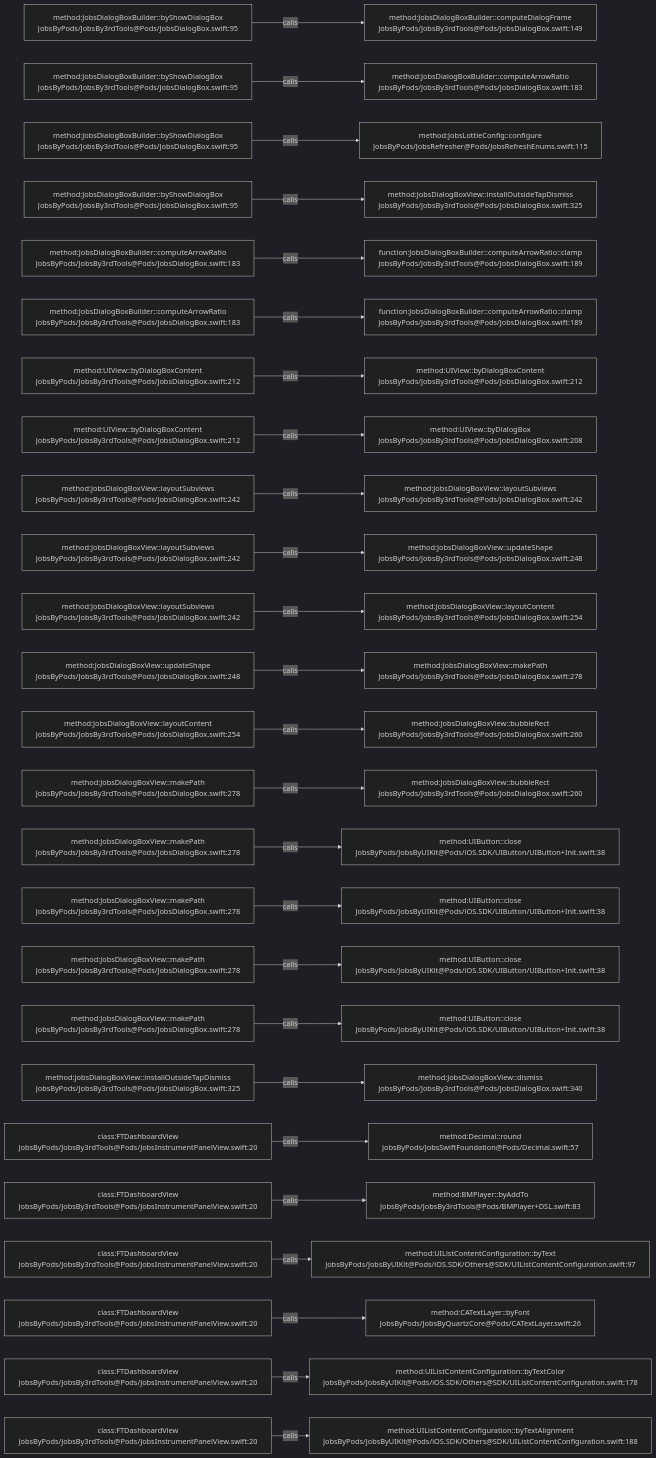
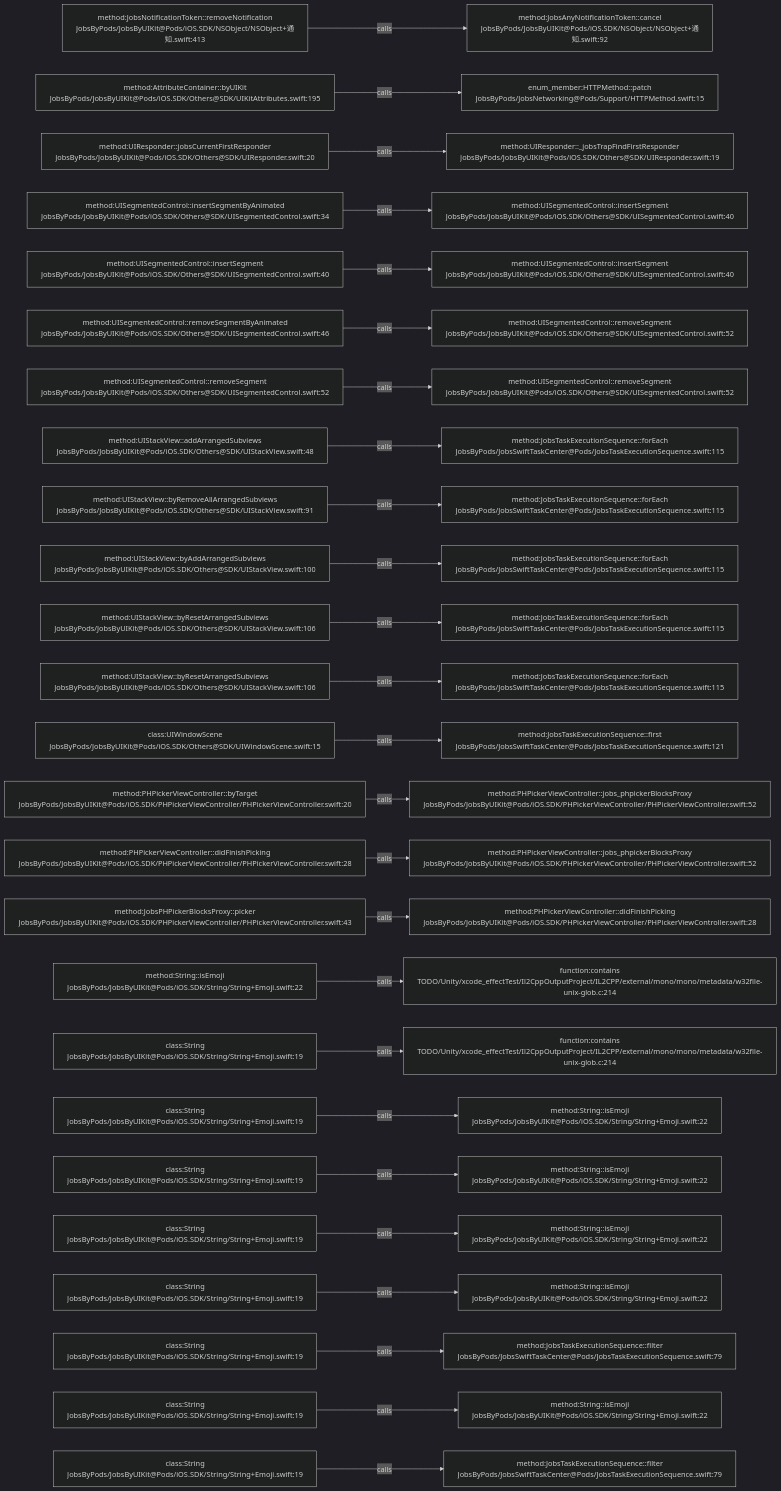
One commit to JobsKits/JobsSwiftBaseConfigDemo changed the diagram in .codegraph/codegraph.md/graphs/calls-009.md. Above: the diagram before and after it, drawn with Mermaid (dark theme). The commit also changed 569 other files, not shown here.

````diff
--- a/.codegraph/codegraph.md/graphs/calls-009.md
+++ b/.codegraph/codegraph.md/graphs/calls-009.md
@@ -13,78 +13,78 @@
 ```mermaid
 flowchart LR
-  S1["method:JobsDialogBoxBuilder::byShowDialogBox<br/>JobsByPods/JobsBy3rdTools@Pods/JobsDialogBox.swift:95"]
-  T1["method:JobsDialogBoxBuilder::computeDialogFrame<br/>JobsByPods/JobsBy3rdTools@Pods/JobsDialogBox.swift:149"]
+  S1["method:JobsNotificationToken::removeNotification<br/>JobsByPods/JobsByUIKit@Pods/iOS.SDK/NSObject/NSObject+通知.swift:413"]
+  T1["method:JobsAnyNotificationToken::cancel<br/>JobsByPods/JobsByUIKit@Pods/iOS.SDK/NSObject/NSObject+通知.swift:92"]
   S1 -->|calls| T1
-  S2["method:JobsDialogBoxBuilder::byShowDialogBox<br/>JobsByPods/JobsBy3rdTools@Pods/JobsDialogBox.swift:95"]
-  T2["method:JobsDialogBoxBuilder::computeArrowRatio<br/>JobsByPods/JobsBy3rdTools@Pods/JobsDialogBox.swift:183"]
+  S2["method:AttributeContainer::byUIKit<br/>JobsByPods/JobsByUIKit@Pods/iOS.SDK/Others@SDK/UIKitAttributes.swift:195"]
+  T2["enum_member:HTTPMethod::patch<br/>JobsByPods/JobsNetworking@Pods/Support/HTTPMethod.swift:15"]
   S2 -->|calls| T2
-  S3["method:JobsDialogBoxBuilder::byShowDialogBox<br/>JobsByPods/JobsBy3rdTools@Pods/JobsDialogBox.swift:95"]
-  T3["method:JobsLottieConfig::configure<br/>JobsByPods/JobsRefresher@Pods/JobsRefreshEnums.swift:115"]
+  S3["method:UIResponder::jobsCurrentFirstResponder<br/>JobsByPods/JobsByUIKit@Pods/iOS.SDK/Others@SDK/UIResponder.swift:20"]
+  T3["method:UIResponder::_jobsTrapFindFirstResponder<br/>JobsByPods/JobsByUIKit@Pods/iOS.SDK/Others@SDK/UIResponder.swift:19"]
   S3 -->|calls| T3
-  S4["method:JobsDialogBoxBuilder::byShowDialogBox<br/>JobsByPods/JobsBy3rdTools@Pods/JobsDialogBox.swift:95"]
-  T4["method:JobsDialogBoxView::installOutsideTapDismiss<br/>JobsByPods/JobsBy3rdTools@Pods/JobsDialogBox.swift:325"]
+  S4["method:UISegmentedControl::insertSegmentByAnimated<br/>JobsByPods/JobsByUIKit@Pods/iOS.SDK/Others@SDK/UISegmentedControl.swift:34"]
+  T4["method:UISegmentedControl::insertSegment<br/>JobsByPods/JobsByUIKit@Pods/iOS.SDK/Others@SDK/UISegmentedControl.swift:40"]
   S4 -->|calls| T4
-  S5["method:JobsDialogBoxBuilder::computeArrowRatio<br/>JobsByPods/JobsBy3rdTools@Pods/JobsDialogBox.swift:183"]
-  T5["function:JobsDialogBoxBuilder::computeArrowRatio::clamp<br/>JobsByPods/JobsBy3rdTools@Pods/JobsDialogBox.swift:189"]
+  S5["method:UISegmentedControl::insertSegment<br/>JobsByPods/JobsByUIKit@Pods/iOS.SDK/Others@SDK/UISegmentedControl.swift:40"]
+  T5["method:UISegmentedControl::insertSegment<br/>JobsByPods/JobsByUIKit@Pods/iOS.SDK/Others@SDK/UISegmentedControl.swift:40"]
   S5 -->|calls| T5
-  S6["method:JobsDialogBoxBuilder::computeArrowRatio<br/>JobsByPods/JobsBy3rdTools@Pods/JobsDialogBox.swift:183"]
-  T6["function:JobsDialogBoxBuilder::computeArrowRatio::clamp<br/>JobsByPods/JobsBy3rdTools@Pods/JobsDialogBox.swift:189"]
+  S6["method:UISegmentedControl::removeSegmentByAnimated<br/>JobsByPods/JobsByUIKit@Pods/iOS.SDK/Others@SDK/UISegmentedControl.swift:46"]
+  T6["method:UISegmentedControl::removeSegment<br/>JobsByPods/JobsByUIKit@Pods/iOS.SDK/Others@SDK/UISegmentedControl.swift:52"]
   S6 -->|calls| T6
-  S7["method:UIView::byDialogBoxContent<br/>JobsByPods/JobsBy3rdTools@Pods/JobsDialogBox.swift:212"]
-  T7["method:UIView::byDialogBoxContent<br/>JobsByPods/JobsBy3rdTools@Pods/JobsDialogBox.swift:212"]
+  S7["method:UISegmentedControl::removeSegment<br/>JobsByPods/JobsByUIKit@Pods/iOS.SDK/Others@SDK/UISegmentedControl.swift:52"]
+  T7["method:UISegmentedControl::removeSegment<br/>JobsByPods/JobsByUIKit@Pods/iOS.SDK/Others@SDK/UISegmentedControl.swift:52"]
   S7 -->|calls| T7
-  S8["method:UIView::byDialogBoxContent<br/>JobsByPods/JobsBy3rdTools@Pods/JobsDialogBox.swift:212"]
-  T8["method:UIView::byDialogBox<br/>JobsByPods/JobsBy3rdTools@Pods/JobsDialogBox.swift:208"]
+  S8["method:UIStackView::addArrangedSubviews<br/>JobsByPods/JobsByUIKit@Pods/iOS.SDK/Others@SDK/UIStackView.swift:48"]
+  T8["method:JobsTaskExecutionSequence::forEach<br/>JobsByPods/JobsSwiftTaskCenter@Pods/JobsTaskExecutionSequence.swift:115"]
   S8 -->|calls| T8
-  S9["method:JobsDialogBoxView::layoutSubviews<br/>JobsByPods/JobsBy3rdTools@Pods/JobsDialogBox.swift:242"]
-  T9["method:JobsDialogBoxView::layoutSubviews<br/>JobsByPods/JobsBy3rdTools@Pods/JobsDialogBox.swift:242"]
+  S9["method:UIStackView::byRemoveAllArrangedSubviews<br/>JobsByPods/JobsByUIKit@Pods/iOS.SDK/Others@SDK/UIStackView.swift:91"]
+  T9["method:JobsTaskExecutionSequence::forEach<br/>JobsByPods/JobsSwiftTaskCenter@Pods/JobsTaskExecutionSequence.swift:115"]
   S9 -->|calls| T9
-  S10["method:JobsDialogBoxView::layoutSubviews<br/>JobsByPods/JobsBy3rdTools@Pods/JobsDialogBox.swift:242"]
-  T10["method:JobsDialogBoxView::updateShape<br/>JobsByPods/JobsBy3rdTools@Pods/JobsDialogBox.swift:248"]
+  S10["method:UIStackView::byAddArrangedSubviews<br/>JobsByPods/JobsByUIKit@Pods/iOS.SDK/Others@SDK/UIStackView.swift:100"]
+  T10["method:JobsTaskExecutionSequence::forEach<br/>JobsByPods/JobsSwiftTaskCenter@Pods/JobsTaskExecutionSequence.swift:115"]
   S10 -->|calls| T10
-  S11["method:JobsDialogBoxView::layoutSubviews<br/>JobsByPods/JobsBy3rdTools@Pods/JobsDialogBox.swift:242"]
-  T11["method:JobsDialogBoxView::layoutContent<br/>JobsByPods/JobsBy3rdTools@Pods/JobsDialogBox.swift:254"]
+  S11["method:UIStackView::byResetArrangedSubviews<br/>JobsByPods/JobsByUIKit@Pods/iOS.SDK/Others@SDK/UIStackView.swift:106"]
+  T11["method:JobsTaskExecutionSequence::forEach<br/>JobsByPods/JobsSwiftTaskCenter@Pods/JobsTaskExecutionSequence.swift:115"]
   S11 -->|calls| T11
-  S12["method:JobsDialogBoxView::updateShape<br/>JobsByPods/JobsBy3rdTools@Pods/JobsDialogBox.swift:248"]
-  T12["method:JobsDialogBoxView::makePath<br/>JobsByPods/JobsBy3rdTools@Pods/JobsDialogBox.swift:278"]
+  S12["method:UIStackView::byResetArrangedSubviews<br/>JobsByPods/JobsByUIKit@Pods/iOS.SDK/Others@SDK/UIStackView.swift:106"]
+  T12["method:JobsTaskExecutionSequence::forEach<br/>JobsByPods/JobsSwiftTaskCenter@Pods/JobsTaskExecutionSequence.swift:115"]
   S12 -->|calls| T12
-  S13["method:JobsDialogBoxView::layoutContent<br/>JobsByPods/JobsBy3rdTools@Pods/JobsDialogBox.swift:254"]
-  T13["method:JobsDialogBoxView::bubbleRect<br/>JobsByPods/JobsBy3rdTools@Pods/JobsDialogBox.swift:260"]
+  S13["class:UIWindowScene<br/>JobsByPods/JobsByUIKit@Pods/iOS.SDK/Others@SDK/UIWindowScene.swift:15"]
+  T13["method:JobsTaskExecutionSequence::first<br/>JobsByPods/JobsSwiftTaskCenter@Pods/JobsTaskExecutionSequence.swift:121"]
   S13 -->|calls| T13
-  S14["method:JobsDialogBoxView::makePath<br/>JobsByPods/JobsBy3rdTools@Pods/JobsDialogBox.swift:278"]
-  T14["method:JobsDialogBoxView::bubbleRect<br/>JobsByPods/JobsBy3rdTools@Pods/JobsDialogBox.swift:260"]
+  S14["method:PHPickerViewController::byTarget<br/>JobsByPods/JobsByUIKit@Pods/iOS.SDK/PHPickerViewController/PHPickerViewController.swift:20"]
+  T14["method:PHPickerViewController::jobs_phpickerBlocksProxy<br/>JobsByPods/JobsByUIKit@Pods/iOS.SDK/PHPickerViewController/PHPickerViewController.swift:52"]
   S14 -->|calls| T14
-  S15["method:JobsDialogBoxView::makePath<br/>JobsByPods/JobsBy3rdTools@Pods/JobsDialogBox.swift:278"]
-  T15["method:UIButton::close<br/>JobsByPods/JobsByUIKit@Pods/iOS.SDK/UIButton/UIButton+Init.swift:38"]
+  S15["method:PHPickerViewController::didFinishPicking<br/>JobsByPods/JobsByUIKit@Pods/iOS.SDK/PHPickerViewController/PHPickerViewController.swift:28"]
+  T15["method:PHPickerViewController::jobs_phpickerBlocksProxy<br/>JobsByPods/JobsByUIKit@Pods/iOS.SDK/PHPickerViewController/PHPickerViewController.swift:52"]
   S15 -->|calls| T15
-  S16["method:JobsDialogBoxView::makePath<br/>JobsByPods/JobsBy3rdTools@Pods/JobsDialogBox.swift:278"]
-  T16["method:UIButton::close<br/>JobsByPods/JobsByUIKit@Pods/iOS.SDK/UIButton/UIButton+Init.swift:38"]
+  S16["method:JobsPHPickerBlocksProxy::picker<br/>JobsByPods/JobsByUIKit@Pods/iOS.SDK/PHPickerViewController/PHPickerViewController.swift:43"]
+  T16["method:PHPickerViewController::didFinishPicking<br/>JobsByPods/JobsByUIKit@Pods/iOS.SDK/PHPickerViewController/PHPickerViewController.swift:28"]
   S16 -->|calls| T16
-  S17["method:JobsDialogBoxView::makePath<br/>JobsByPods/JobsBy3rdTools@Pods/JobsDialogBox.swift:278"]
-  T17["method:UIButton::close<br/>JobsByPods/JobsByUIKit@Pods/iOS.SDK/UIButton/UIButton+Init.swift:38"]
+  S17["method:String::isEmoji<br/>JobsByPods/JobsByUIKit@Pods/iOS.SDK/String/String+Emoji.swift:22"]
+  T17["function:contains<br/>TODO/Unity/xcode_effectTest/Il2CppOutputProject/IL2CPP/external/mono/mono/metadata/w32file-unix-glob.c:214"]
   S17 -->|calls| T17
-  S18["method:JobsDialogBoxView::makePath<br/>JobsByPods/JobsBy3rdTools@Pods/JobsDialogBox.swift:278"]
-  T18["method:UIButton::close<br/>JobsByPods/JobsByUIKit@Pods/iOS.SDK/UIButton/UIButton+Init.swift:38"]
+  S18["class:String<br/>JobsByPods/JobsByUIKit@Pods/iOS.SDK/String/String+Emoji.swift:19"]
+  T18["function:contains<br/>TODO/Unity/xcode_effectTest/Il2CppOutputProject/IL2CPP/external/mono/mono/metadata/w32file-unix-glob.c:214"]
   S18 -->|calls| T18
-  S19["method:JobsDialogBoxView::installOutsideTapDismiss<br/>JobsByPods/JobsBy3rdTools@Pods/JobsDialogBox.swift:325"]
-  T19["method:JobsDialogBoxView::dismiss<br/>JobsByPods/JobsBy3rdTools@Pods/JobsDialogBox.swift:340"]
+  S19["class:String<br/>JobsByPods/JobsByUIKit@Pods/iOS.SDK/String/String+Emoji.swift:19"]
+  T19["method:String::isEmoji<br/>JobsByPods/JobsByUIKit@Pods/iOS.SDK/String/String+Emoji.swift:22"]
   S19 -->|calls| T19
-  S20["class:FTDashboardView<br/>JobsByPods/JobsBy3rdTools@Pods/JobsInstrumentPanelView.swift:20"]
-  T20["method:Decimal::round<br/>JobsByPods/JobsSwiftFoundation@Pods/Decimal.swift:57"]
+  S20["class:String<br/>JobsByPods/JobsByUIKit@Pods/iOS.SDK/String/String+Emoji.swift:19"]
+  T20["method:String::isEmoji<br/>JobsByPods/JobsByUIKit@Pods/iOS.SDK/String/String+Emoji.swift:22"]
   S20 -->|calls| T20
-  S21["class:FTDashboardView<br/>JobsByPods/JobsBy3rdTools@Pods/JobsInstrumentPanelView.swift:20"]
-  T21["method:BMPlayer::byAddTo<br/>JobsByPods/JobsBy3rdTools@Pods/BMPlayer+DSL.swift:83"]
+  S21["class:String<br/>JobsByPods/JobsByUIKit@Pods/iOS.SDK/String/String+Emoji.swift:19"]
+  T21["method:String::isEmoji<br/>JobsByPods/JobsByUIKit@Pods/iOS.SDK/String/String+Emoji.swift:22"]
   S21 -->|calls| T21
-  S22["class:FTDashboardView<br/>JobsByPods/JobsBy3rdTools@Pods/JobsInstrumentPanelView.swift:20"]
-  T22["method:UIListContentConfiguration::byText<br/>JobsByPods/JobsByUIKit@Pods/iOS.SDK/Others@SDK/UIListContentConfiguration.swift:97"]
+  S22["class:String<br/>JobsByPods/JobsByUIKit@Pods/iOS.SDK/String/String+Emoji.swift:19"]
+  T22["method:String::isEmoji<br/>JobsByPods/JobsByUIKit@Pods/iOS.SDK/String/String+Emoji.swift:22"]
   S22 -->|calls| T22
-  S23["class:FTDashboardView<br/>JobsByPods/JobsBy3rdTools@Pods/JobsInstrumentPanelView.swift:20"]
-  T23["method:CATextLayer::byFont<br/>JobsByPods/JobsByQuartzCore@Pods/CATextLayer.swift:26"]
+  S23["class:String<br/>JobsByPods/JobsByUIKit@Pods/iOS.SDK/String/String+Emoji.swift:19"]
+  T23["method:JobsTaskExecutionSequence::filter<br/>JobsByPods/JobsSwiftTaskCenter@Pods/JobsTaskExecutionSequence.swift:79"]
   S23 -->|calls| T23
-  S24["class:FTDashboardView<br/>JobsByPods/JobsBy3rdTools@Pods/JobsInstrumentPanelView.swift:20"]
-  T24["method:UIListContentConfiguration::byTextColor<br/>JobsByPods/JobsByUIKit@Pods/iOS.SDK/Others@SDK/UIListContentConfiguration.swift:178"]
+  S24["class:String<br/>JobsByPods/JobsByUIKit@Pods/iOS.SDK/String/String+Emoji.swift:19"]
+  T24["method:String::isEmoji<br/>JobsByPods/JobsByUIKit@Pods/iOS.SDK/String/String+Emoji.swift:22"]
   S24 -->|calls| T24
-  S25["class:FTDashboardView<br/>JobsByPods/JobsBy3rdTools@Pods/JobsInstrumentPanelView.swift:20"]
-  T25["method:UIListContentConfiguration::byTextAlignment<br/>JobsByPods/JobsByUIKit@Pods/iOS.SDK/Others@SDK/UIListContentConfiguration.swift:188"]
+  S25["class:String<br/>JobsByPods/JobsByUIKit@Pods/iOS.SDK/String/String+Emoji.swift:19"]
+  T25["method:JobsTaskExecutionSequence::filter<br/>JobsByPods/JobsSwiftTaskCenter@Pods/JobsTaskExecutionSequence.swift:79"]
   S25 -->|calls| T25
 ```
````
